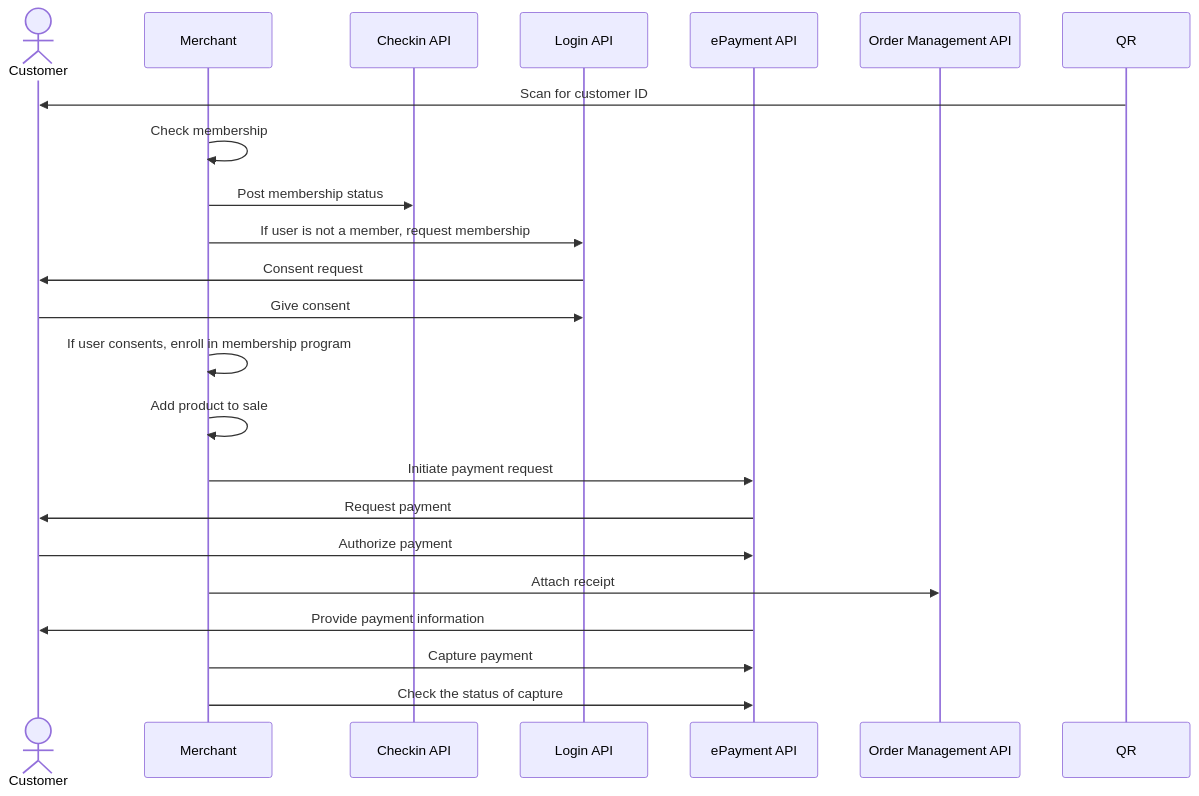
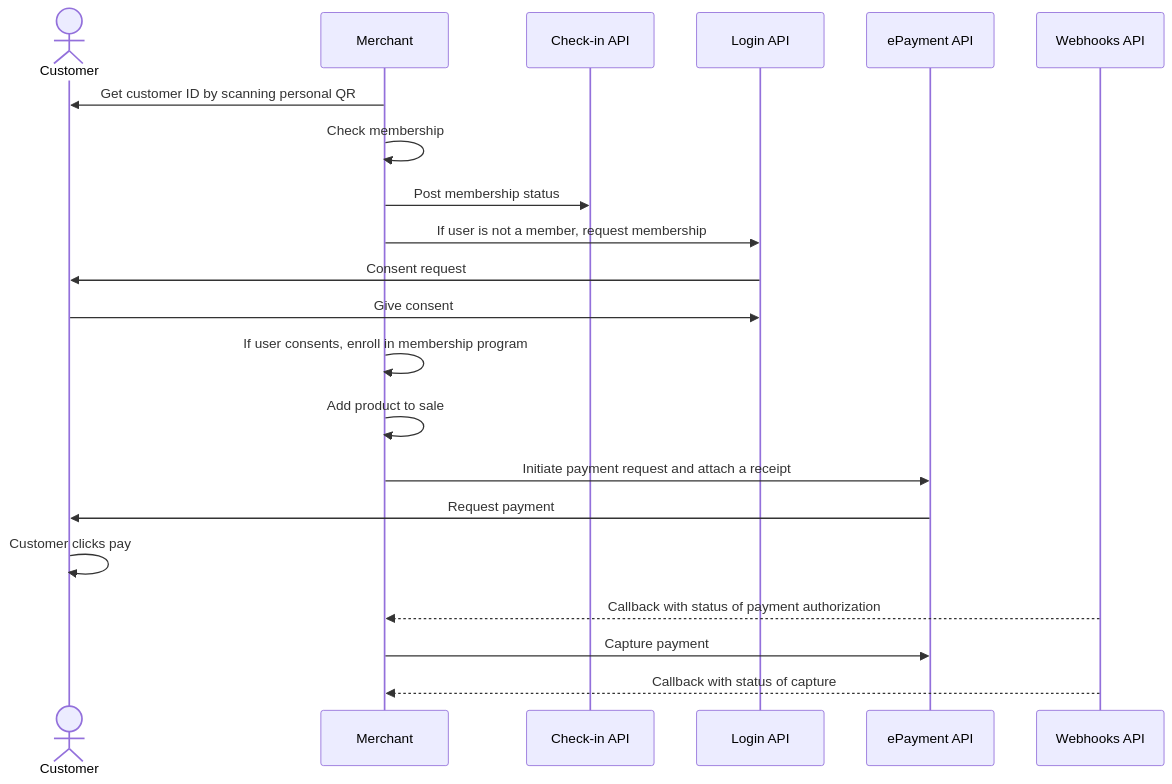
One commit to vippsas/vipps-solutions changed the diagram in loyalty-in-pos/README.md. Above: the diagram before and after it, drawn with Mermaid. The commit also changed other lines of this file and 22 other files, not shown here.

First line of the commit message:
Provide unique examples. Add receipt in payment request when possible. (#86)

````diff
--- a/loyalty-in-pos/README.md
+++ b/loyalty-in-pos/README.md
@@ -173,25 +221,24 @@
 ``` mermaid
 sequenceDiagram
     actor C as Customer
     participant M as Merchant
-    participant checkin as Checkin API
+    participant checkin as Check-in API
     participant login as Login API
     participant ePayment as ePayment API
-    participant ordermanagement as Order Management API
+    participant Webhooks as Webhooks API
 
-    QR->>C: Scan for customer ID
+    M->>C: Get customer ID by scanning personal QR
     M->>M: Check membership
     M->>checkin: Post membership status
     M->>login: If user is not a member, request membership
     login->>C: Consent request
     C->>login: Give consent
     M->>M: If user consents, enroll in membership program
     M->>M: Add product to sale
-    M->>ePayment: Initiate payment request
+    M->>ePayment: Initiate payment request and attach a receipt
     ePayment->>C: Request payment
-    C->>ePayment: Authorize payment
-    M->> ordermanagement: Attach receipt
-    ePayment->>C: Provide payment information
-    M->>ePayment: Capture payment 
-    M->>ePayment: Check the status of capture
+    C->>C: Customer clicks pay
+    Webhooks-->>M: Callback with status of payment authorization
+    M->>ePayment: Capture payment
+    Webhooks-->>M: Callback with status of capture
 ```
````
